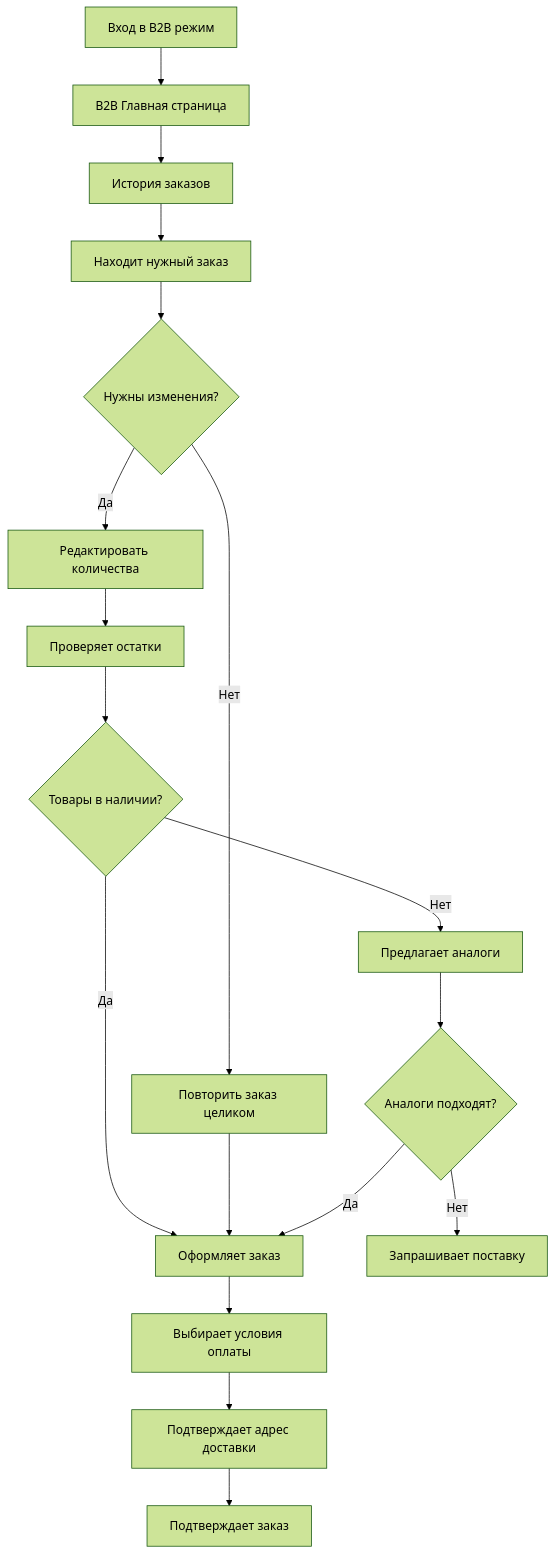
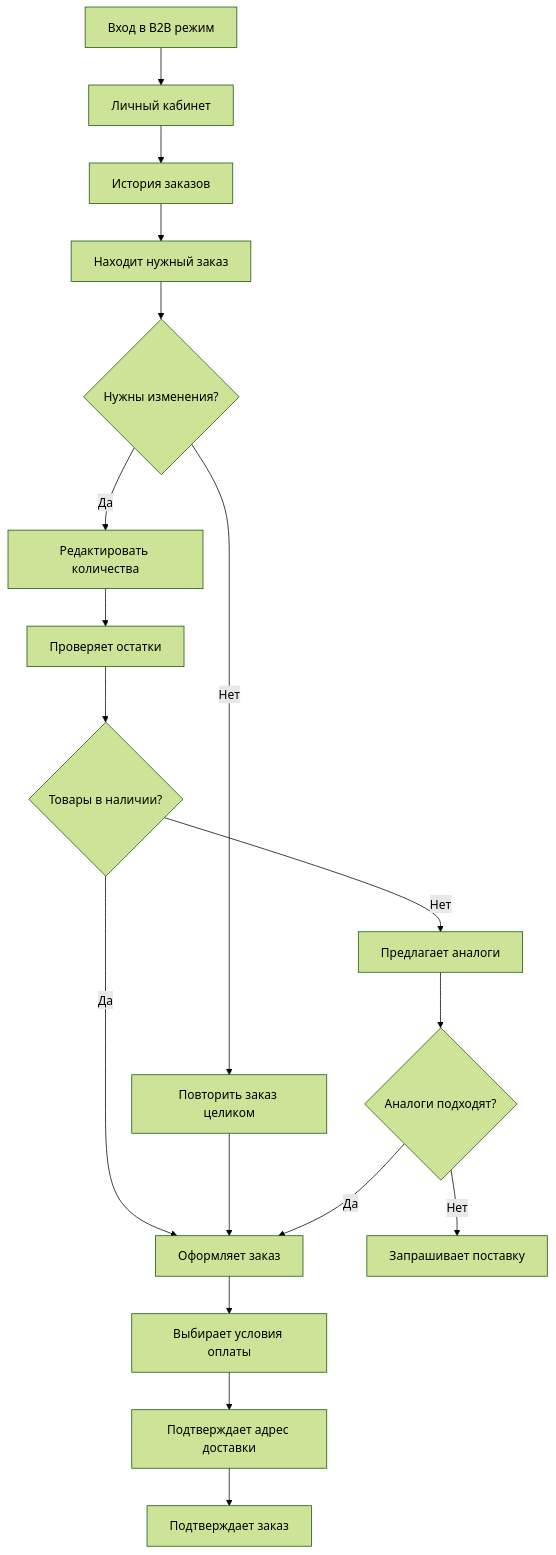
Before and after one commit to AlexMobiCraft/FREESPORT: the second of 2 diagrams in docs/front-end-spec.md, drawn with Mermaid (forest theme).

Commit message:
Испрылена опечатка в блоксхеме повторного заказа в файле Спецификация UI/UX

````diff
--- a/docs/front-end-spec.md
+++ b/docs/front-end-spec.md
@@ -333,24 +333,24 @@
 ```mermaid
 flowchart TD
-    A[Вход в B2B режим] --> B[B2B Главная страница]
+    A[Вход в B2B режим] --> B[Личный кабинет]
     B --> C[История заказов]
     C --> D[Находит нужный заказ]
     D --> E{Нужны изменения?}
 
     E -->|Нет| F[Повторить заказ целиком]
     E -->|Да| G[Редактировать количества]
 
     G --> H[Проверяет остатки]
     H --> I{Товары в наличии?}
     I -->|Да| K[Оформляет заказ]
     I -->|Нет| J[Предлагает аналоги]
 
     F --> K
     J --> L{Аналоги подходят?}
     L -->|Нет| M[Запрашивает поставку]
     L -->|Да| K
 
     K --> N[Выбирает условия оплаты]
     N --> O[Подтверждает адрес доставки]
     O --> P[Подтверждает заказ]
 ```
````
